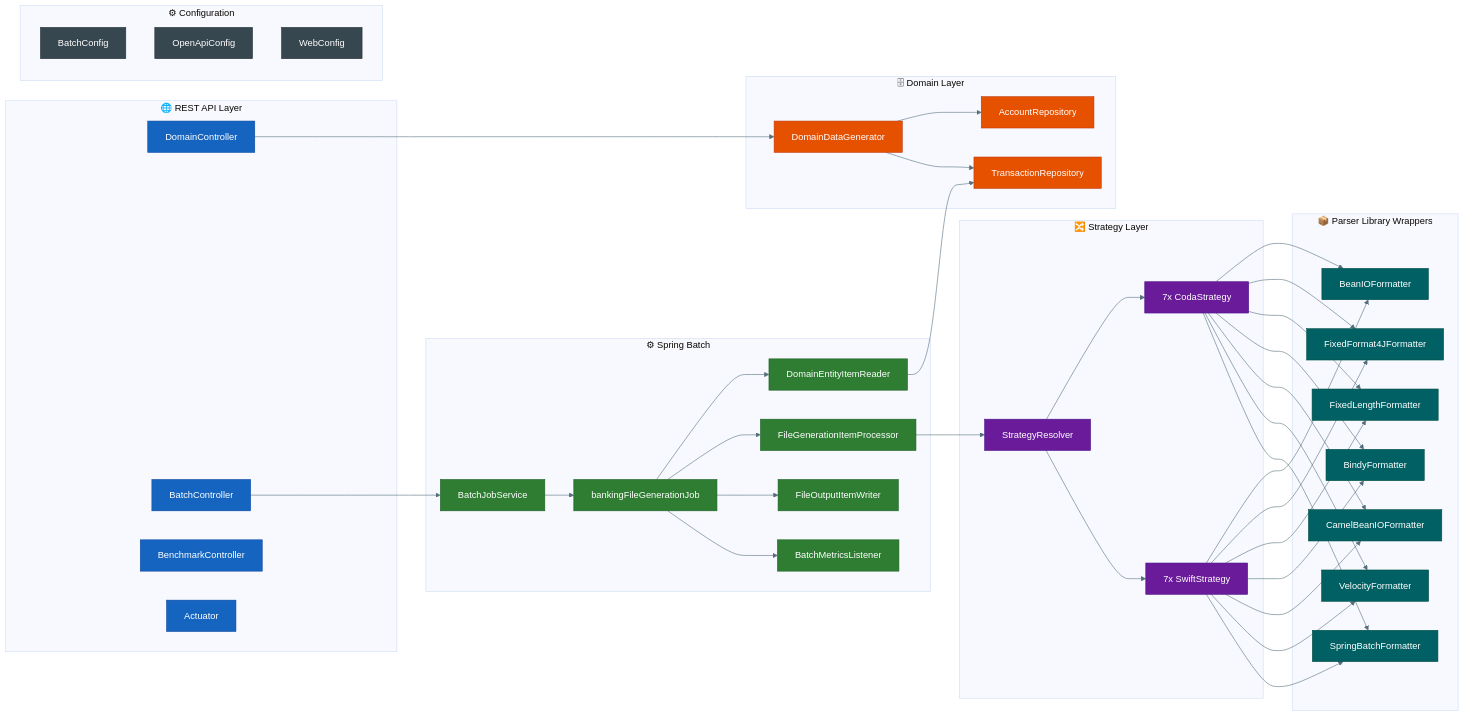
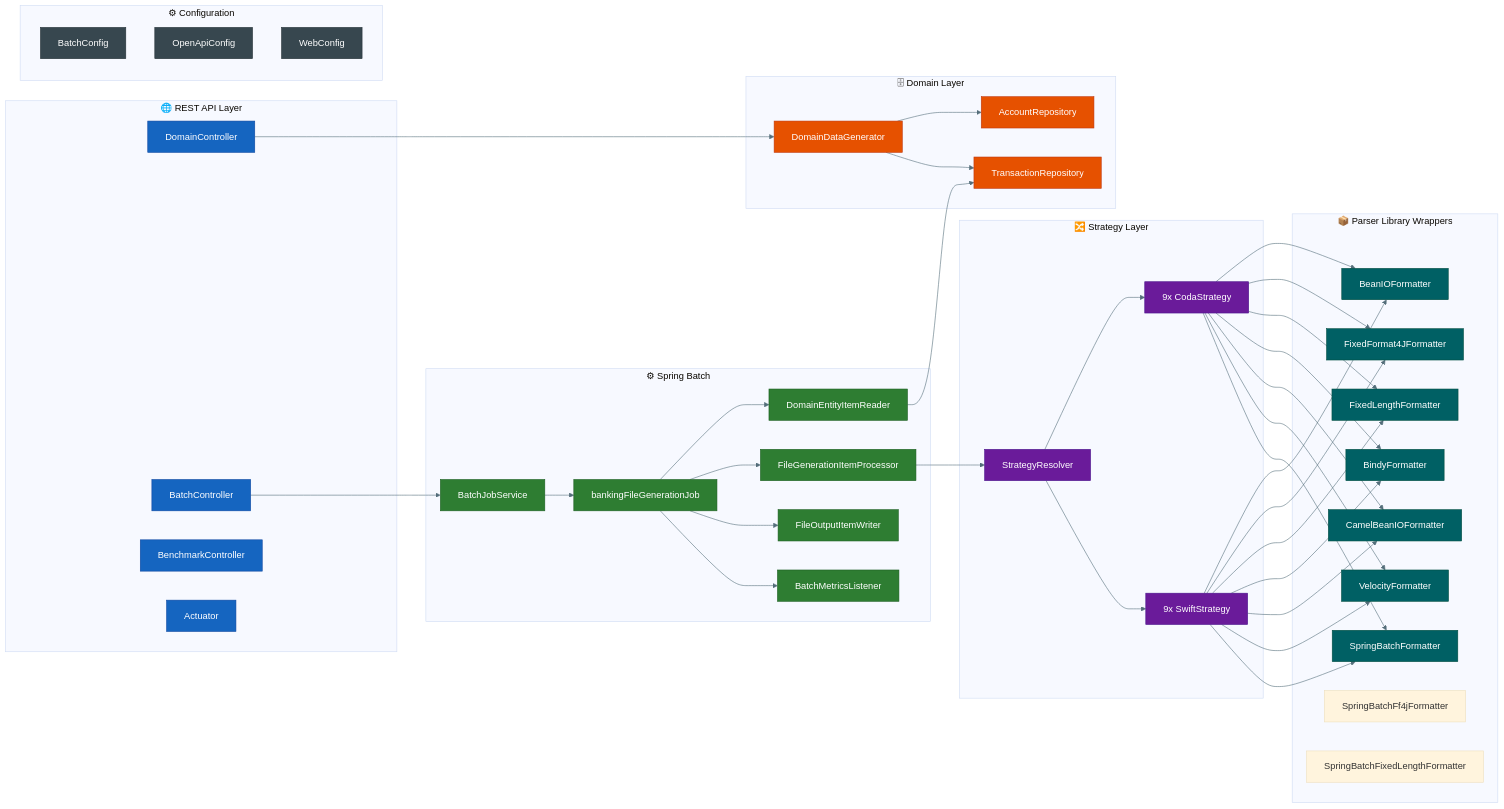
One commit to wallaceespindola/fixed-length-converters changed the diagram in docs/diagrams/component-diagram.mmd. Above: the diagram before and after it, drawn with Mermaid. The commit also changed 18 other files, not shown here.

```diff
--- a/docs/diagrams/component-diagram.mmd
+++ b/docs/diagrams/component-diagram.mmd
@@ -1,87 +1,89 @@
 %%{init: {'theme': 'base', 'themeVariables': {'lineColor': '#546e7a'}}}%%
 graph LR
     classDef apiStyle      fill:#1565c0,stroke:#0d47a1,color:#fff
     classDef batchStyle    fill:#2e7d32,stroke:#1b5e20,color:#fff
     classDef strategyStyle fill:#6a1b9a,stroke:#4a148c,color:#fff
     classDef parserStyle   fill:#006064,stroke:#004d40,color:#fff
     classDef domainStyle   fill:#e65100,stroke:#bf360c,color:#fff
     classDef configStyle   fill:#37474f,stroke:#263238,color:#fff
 
     subgraph API["🌐 REST API Layer"]
         DC[DomainController]
         BC[BatchController]
         BNC[BenchmarkController]
         ACT[Actuator]
     end
 
     subgraph Batch["⚙ Spring Batch"]
         JS[BatchJobService]
         JOB[bankingFileGenerationJob]
         IR[DomainEntityItemReader]
         IP[FileGenerationItemProcessor]
         IW[FileOutputItemWriter]
         BML[BatchMetricsListener]
     end
 
     subgraph Strategy["🔀 Strategy Layer"]
         SR[StrategyResolver]
-        CS["7x CodaStrategy"]
-        SS["7x SwiftStrategy"]
+        CS["9x CodaStrategy"]
+        SS["9x SwiftStrategy"]
     end
 
     subgraph Parser["📦 Parser Library Wrappers"]
         BIO[BeanIOFormatter]
         FF4J[FixedFormat4JFormatter]
         VL[FixedLengthFormatter]
         BINDY[BindyFormatter]
         CBIO[CamelBeanIOFormatter]
         VEL[VelocityFormatter]
         SBF[SpringBatchFormatter]
+        SBFF[SpringBatchFf4jFormatter]
+        SBVL[SpringBatchFixedLengthFormatter]
     end
 
     subgraph Domain["🗄 Domain Layer"]
         DDG[DomainDataGenerator]
         AR[AccountRepository]
         TR[TransactionRepository]
     end
 
     subgraph Config["⚙ Configuration"]
         BCFG[BatchConfig]
         OAC[OpenApiConfig]
         WC[WebConfig]
     end
 
     DC --> DDG
     BC --> JS
     JS --> JOB
     JOB --> IR
     JOB --> IP
     JOB --> IW
     JOB --> BML
     IP --> SR
     SR --> CS
     SR --> SS
     CS --> BIO
     CS --> FF4J
     CS --> VL
     CS --> BINDY
     CS --> CBIO
     CS --> VEL
     CS --> SBF
     SS --> BIO
     SS --> FF4J
     SS --> VL
     SS --> BINDY
     SS --> CBIO
     SS --> VEL
     SS --> SBF
     IR --> TR
     DDG --> AR
     DDG --> TR
 
     class DC,BC,BNC,ACT apiStyle
     class JS,JOB,IR,IP,IW,BML batchStyle
     class SR,CS,SS strategyStyle
     class BIO,FF4J,VL,BINDY,CBIO,VEL,SBF parserStyle
     class DDG,AR,TR domainStyle
     class BCFG,OAC,WC configStyle
```
